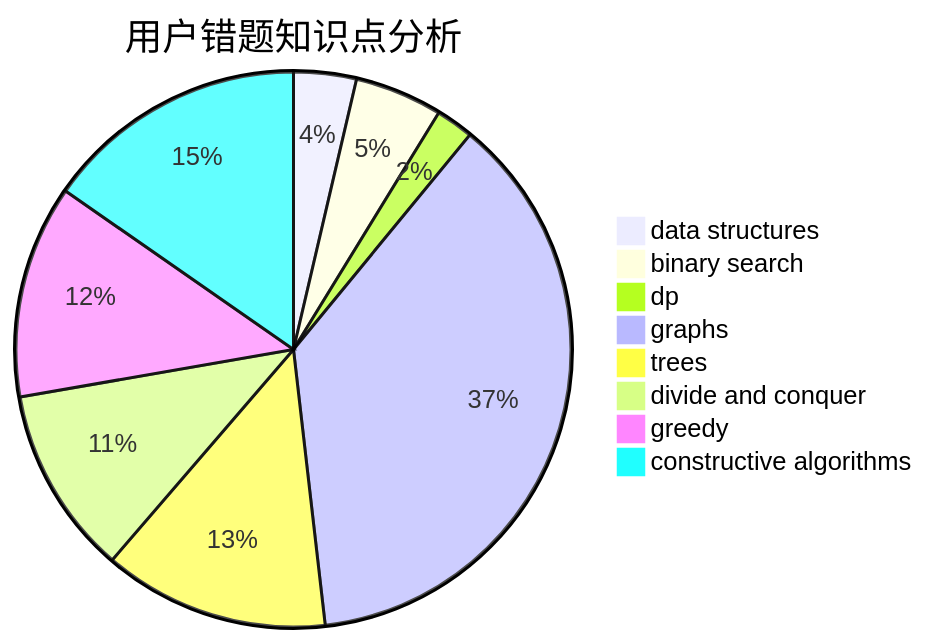
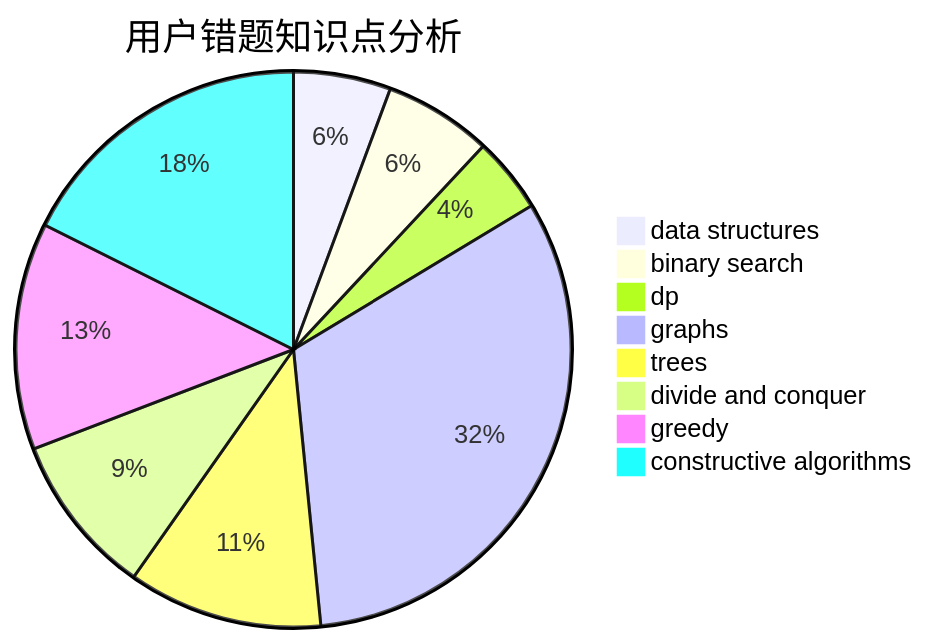
The third of 3 diagrams in docs/user/u2470.md (sherpahu/cfrs.github.io), drawn with Mermaid before and after one commit. The commit also changed other lines of this file and 2770 other files, not shown here.

````diff
--- a/docs/user/u2470.md
+++ b/docs/user/u2470.md
@@ -36,11 +36,11 @@
 ```mermaid
 pie title 用户错题知识点分析
-    "data structures" :  5
-    "binary search" :  7
-    "dp" :  3
+    "data structures" :  9
+    "binary search" :  10
+    "dp" :  7
     "graphs" :  51
     "trees" :  18
     "divide and conquer" :  15
-    "greedy" :  17
-    "constructive algorithms" :  21
+    "greedy" :  21
+    "constructive algorithms" :  28
 ```
````
